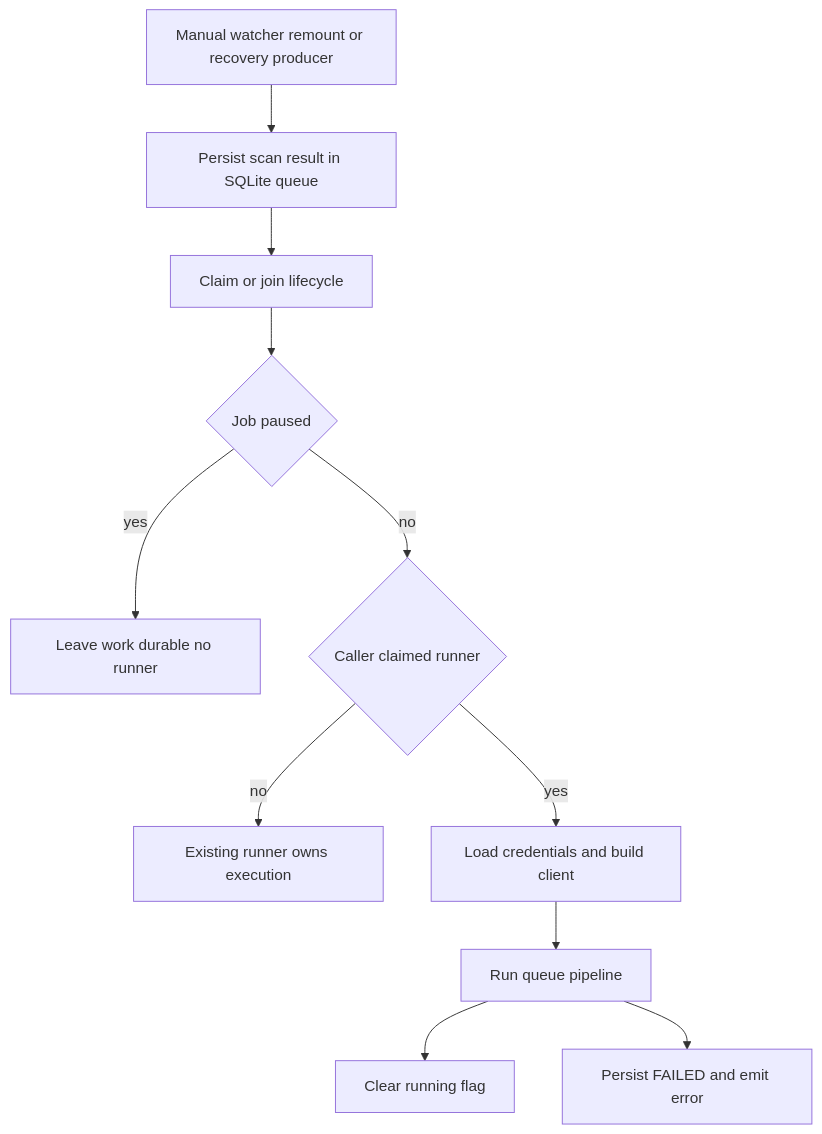
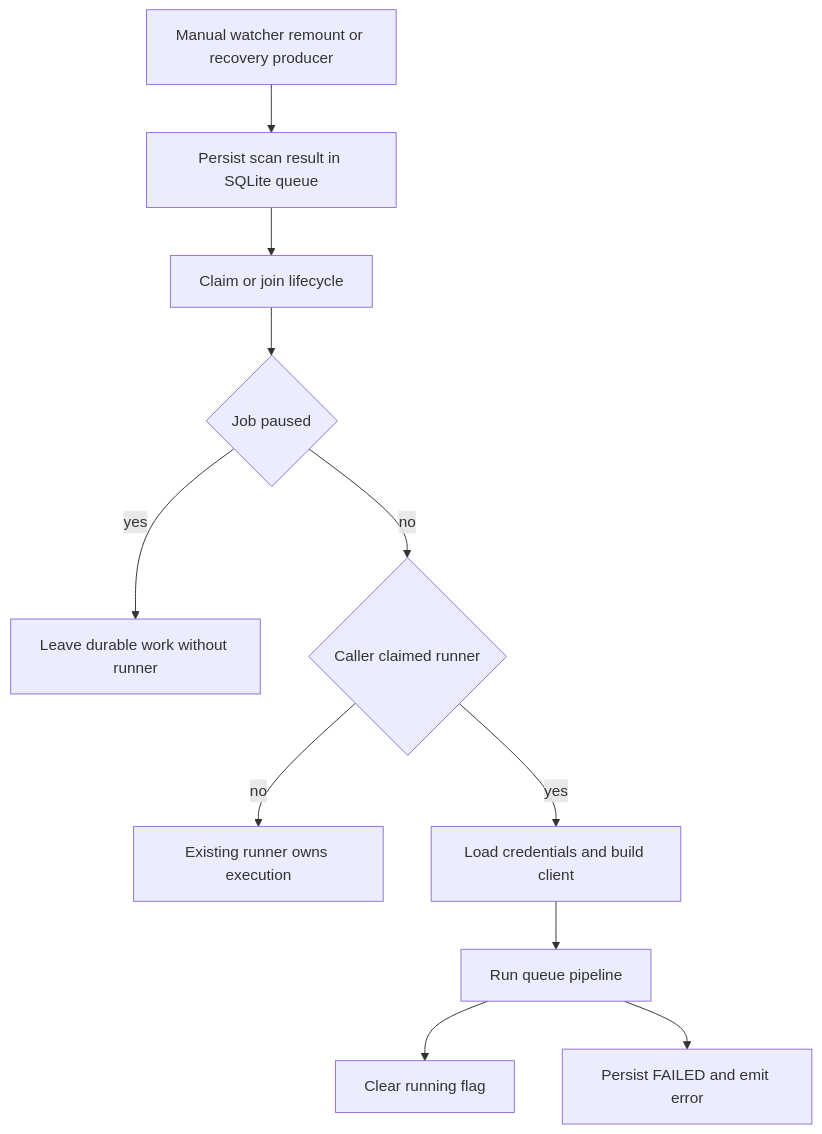
The second of 2 diagrams in openwiki/operations/development-and-testing.md (xXRoxXeRXx/lymic), drawn with Mermaid before and after one commit. The commit also changed other lines of this file and 22 other files, not shown here.

````diff
--- a/openwiki/operations/development-and-testing.md
+++ b/openwiki/operations/development-and-testing.md
@@ -115,13 +117,13 @@
 ```mermaid
 flowchart TD
     Producer["Manual watcher remount or recovery producer"] --> Admit["Persist scan result in SQLite queue"]
     Admit --> Claim["Claim or join lifecycle"]
     Claim --> Paused{"Job paused"}
-    Paused -->|yes| NoRun["Leave work durable no runner"]
+    Paused -->|yes| NoRun["Leave durable work without runner"]
     Paused -->|no| Owner{"Caller claimed runner"}
     Owner -->|no| Joined["Existing runner owns execution"]
     Owner -->|yes| Auth["Load credentials and build client"]
     Auth --> Run["Run queue pipeline"]
-    Run --> Success["Clear running flag"]
+    Run --> Clear["Clear running flag"]
     Run --> Failure["Persist FAILED and emit error"]
 ```
````
